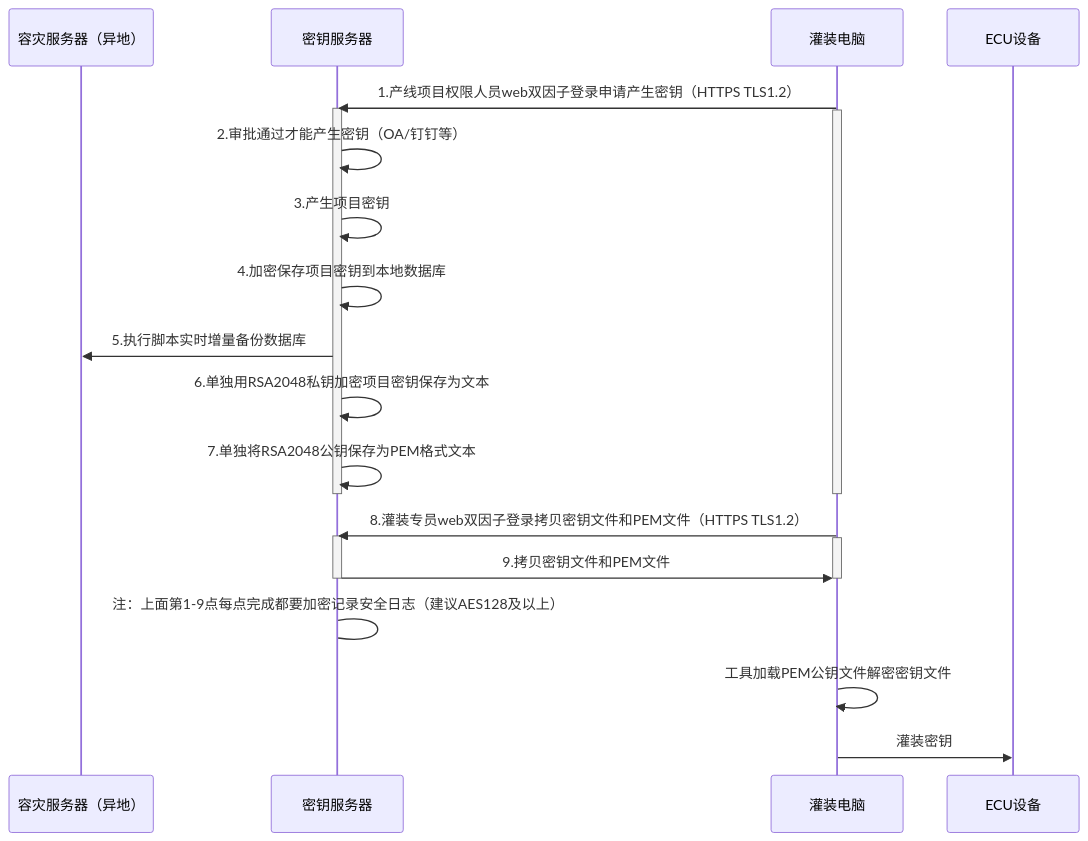
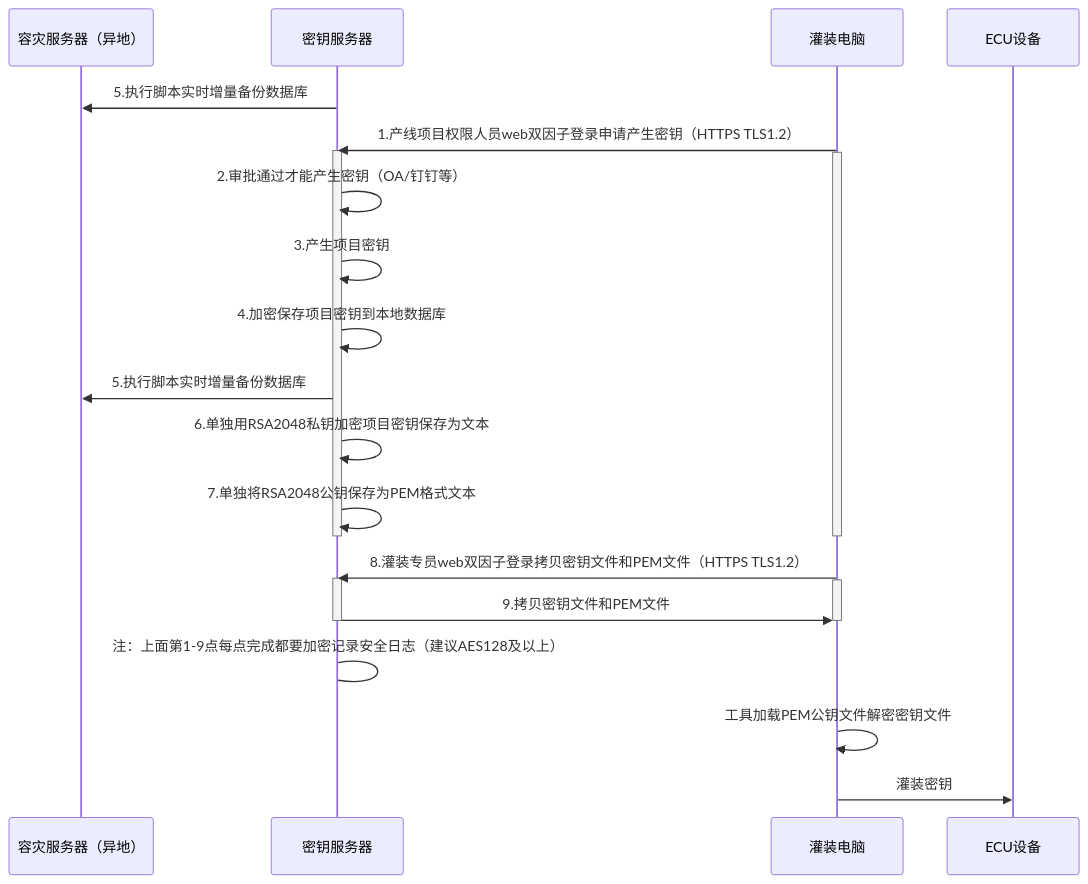
The diagram in all/未命名-15.md (facebook-cloud/iodraw-files), drawn with Mermaid before and after one commit.

Commit message:
2026-02-12 16:17:02 update

````diff
--- a/all/未命名-15.md
+++ b/all/未命名-15.md
@@ -1,32 +1,32 @@
 ```mermaid
 sequenceDiagram
     participant A as 容灾服务器（异地）
     participant B as 密钥服务器
     participant D as 灌装电脑
     participant E as ECU设备
 
-    
+    B->>A: 5.执行脚本实时增量备份数据库
     D->>B: 1.产线项目权限人员web双因子登录申请产生密钥（HTTPS TLS1.2）
     activate B
     activate D
     B->>B: 2.审批通过才能产生密钥（OA/钉钉等）
     B->>B: 3.产生项目密钥
     B->>B: 4.加密保存项目密钥到本地数据库
     B->>A: 5.执行脚本实时增量备份数据库
     B->>B: 6.单独用RSA2048私钥加密项目密钥保存为文本
     B->>B: 7.单独将RSA2048公钥保存为PEM格式文本
     deactivate B
     deactivate D
     
     D->>B: 8.灌装专员web双因子登录拷贝密钥文件和PEM文件（HTTPS TLS1.2）
     activate B
     activate D
     B->>D: 9.拷贝密钥文件和PEM文件
     deactivate B
     deactivate D
     B->B: 注：上面第1-9点每点完成都要加密记录安全日志（建议AES128及以上）
 
     D->>D:工具加载PEM公钥文件解密密钥文件
     
     D->>E: 灌装密钥
 ```
````
